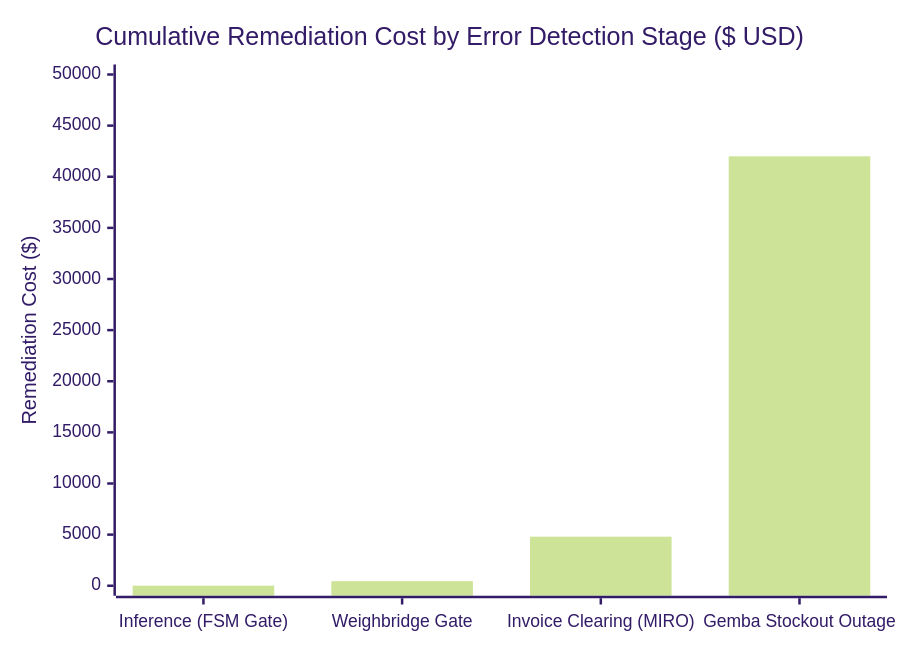
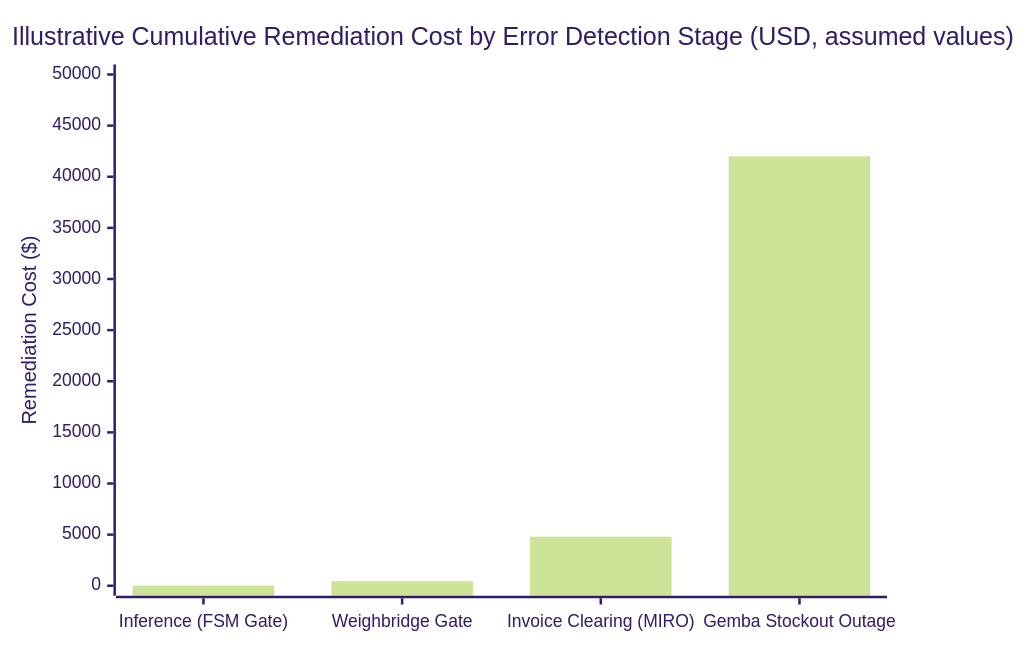
The fourth of 5 diagrams in papers/guardrails/DETERMINISTIC-GUARDRAILS-ARCHITECTURE-AND-GOVERNANCE.md (esstipi-debug/mellon), drawn with Mermaid (forest theme) before and after one commit. The commit also changed other lines of this file and 4 other files, not shown here.

````diff
--- a/papers/guardrails/DETERMINISTIC-GUARDRAILS-ARCHITECTURE-AND-GOVERNANCE.md
+++ b/papers/guardrails/DETERMINISTIC-GUARDRAILS-ARCHITECTURE-AND-GOVERNANCE.md
@@ -177,7 +177,7 @@
 ```mermaid
 xychart-beta
-    title "Cumulative Remediation Cost by Error Detection Stage ($ USD)"
+    title "Illustrative Cumulative Remediation Cost by Error Detection Stage (USD, assumed values)"
     x-axis ["Inference (FSM Gate)", "Weighbridge Gate", "Invoice Clearing (MIRO)", "Gemba Stockout Outage"]
     y-axis "Remediation Cost ($)" 0 --> 50000
     bar [10, 450, 4800, 42000]
 ```
````
